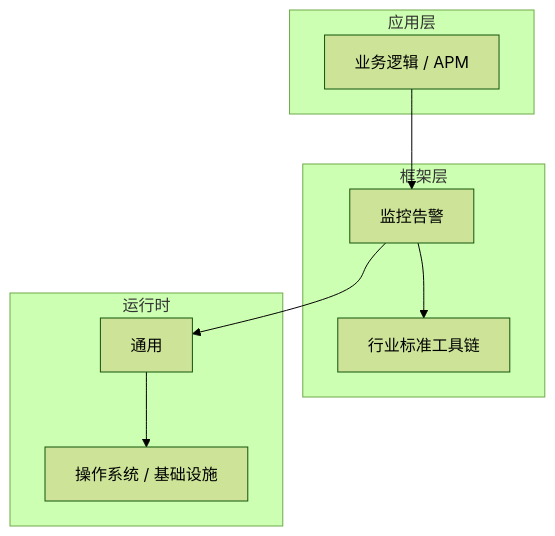
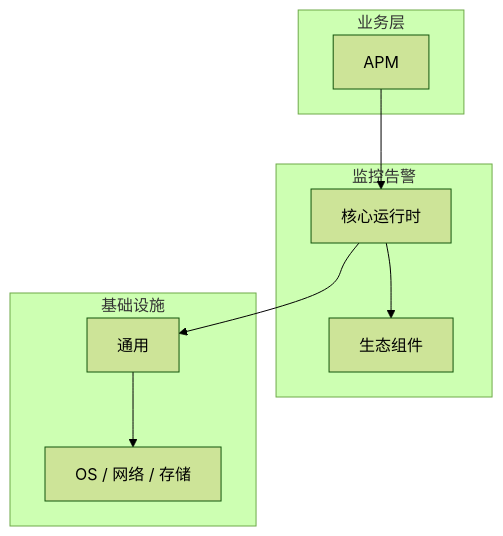
The diagram in articles/监控告警/chapters/049-APM核心概念与原理.md (yanggan2015/knowledge-json-v2), drawn with Mermaid (forest theme) before and after one commit. The commit also changed other lines of this file and 10127 other files, not shown here.

````diff
--- a/articles/监控告警/chapters/049-APM核心概念与原理.md
+++ b/articles/监控告警/chapters/049-APM核心概念与原理.md
@@ -45,18 +34,18 @@
 ```mermaid
 graph TB
-    subgraph 应用层
-        A[业务逻辑 / APM]
+    subgraph 业务层
+        A[APM]
     end
-    subgraph 框架层
-        B[监控告警]
-        C[行业标准工具链]
+    subgraph 监控告警
+        B[核心运行时]
+        C[生态组件]
     end
-    subgraph 运行时
+    subgraph 基础设施
         D[通用]
-        E[操作系统 / 基础设施]
+        E[OS / 网络 / 存储]
     end
     A --> B
     B --> C
     B --> D
     D --> E
 ```
````
